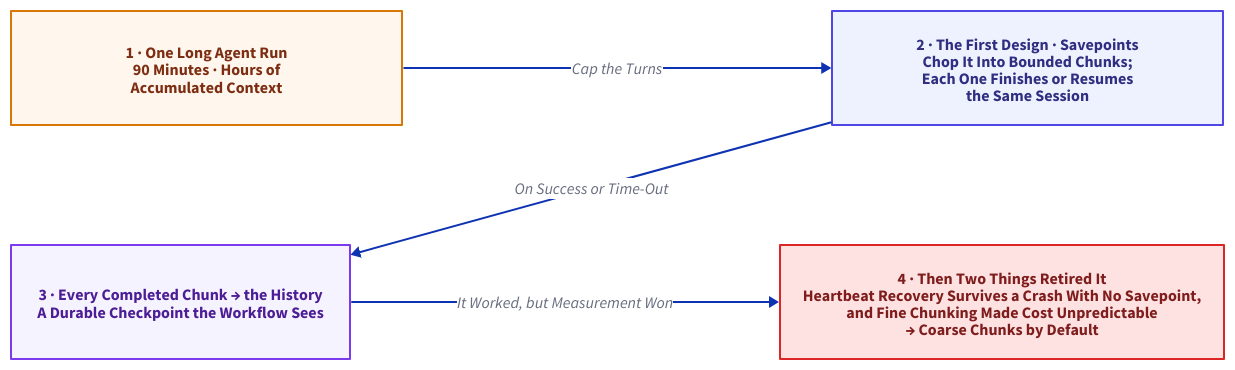
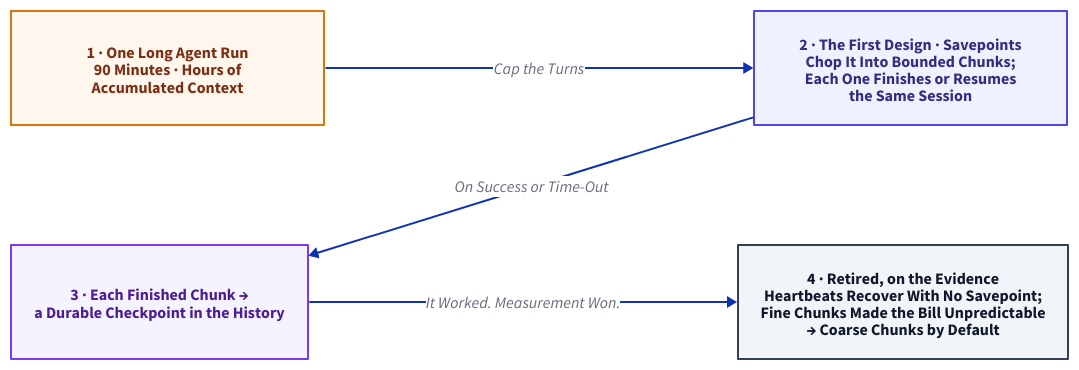
Before and after one commit to thumarrushik/crash-proof-team-of-coding-agents: the diagram in assets/diagram-src/savepoint-detour.d2, drawn with D2. The commit also changed 45 other files, not shown here.

```diff
--- a/assets/diagram-src/savepoint-detour.d2
+++ b/assets/diagram-src/savepoint-detour.d2
@@ -1,21 +1,21 @@
 # The detour we measured our way out of: chunked savepoints, then retired.
 grid-rows: 2
 horizontal-gap: 430
 vertical-gap: 120
 
 long: "1 · One Long Agent Run\n90 Minutes · Hours of\nAccumulated Context" {
   style: {fill: "#fff7ed"; stroke: "#d97706"; font-color: "#7c2d12"; bold: true}
 }
 chop: "2 · The First Design · Savepoints\nChop It Into Bounded Chunks;\nEach One Finishes or Resumes\nthe Same Session" {
   style: {fill: "#eef2ff"; stroke: "#4f46e5"; font-color: "#312e81"; bold: true}
 }
-hist: "3 · Every Completed Chunk → the History\nA Durable Checkpoint the Workflow Sees" {
+hist: "3 · Each Finished Chunk →\na Durable Checkpoint in the History" {
   style: {fill: "#f5f3ff"; stroke: "#7c3aed"; font-color: "#4c1d95"; bold: true}
 }
-retire: "4 · Then Two Things Retired It\nHeartbeat Recovery Survives a Crash With No Savepoint,\nand Fine Chunking Made Cost Unpredictable\n→ Coarse Chunks by Default" {
-  style: {fill: "#fee2e2"; stroke: "#dc2626"; font-color: "#7f1d1d"; bold: true}
+retire: "4 · Retired, on the Evidence\nHeartbeats Recover With No Savepoint;\nFine Chunks Made the Bill Unpredictable\n→ Coarse Chunks by Default" {
+  style: {fill: "#f1f5f9"; stroke: "#334155"; font-color: "#0f172a"; bold: true}
 }
 
 long -> chop: "Cap the Turns"
 chop -> hist: "On Success or Time-Out"
-hist -> retire: "It Worked, but Measurement Won"
+hist -> retire: "It Worked. Measurement Won."
```
